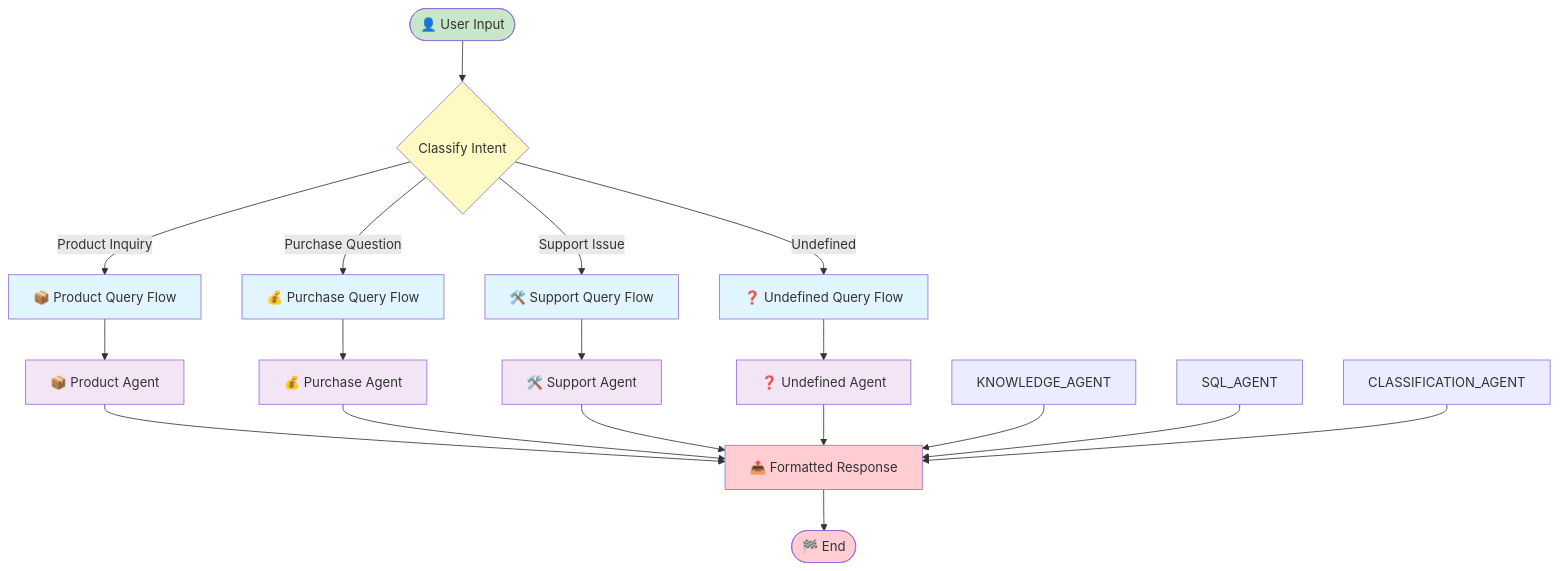
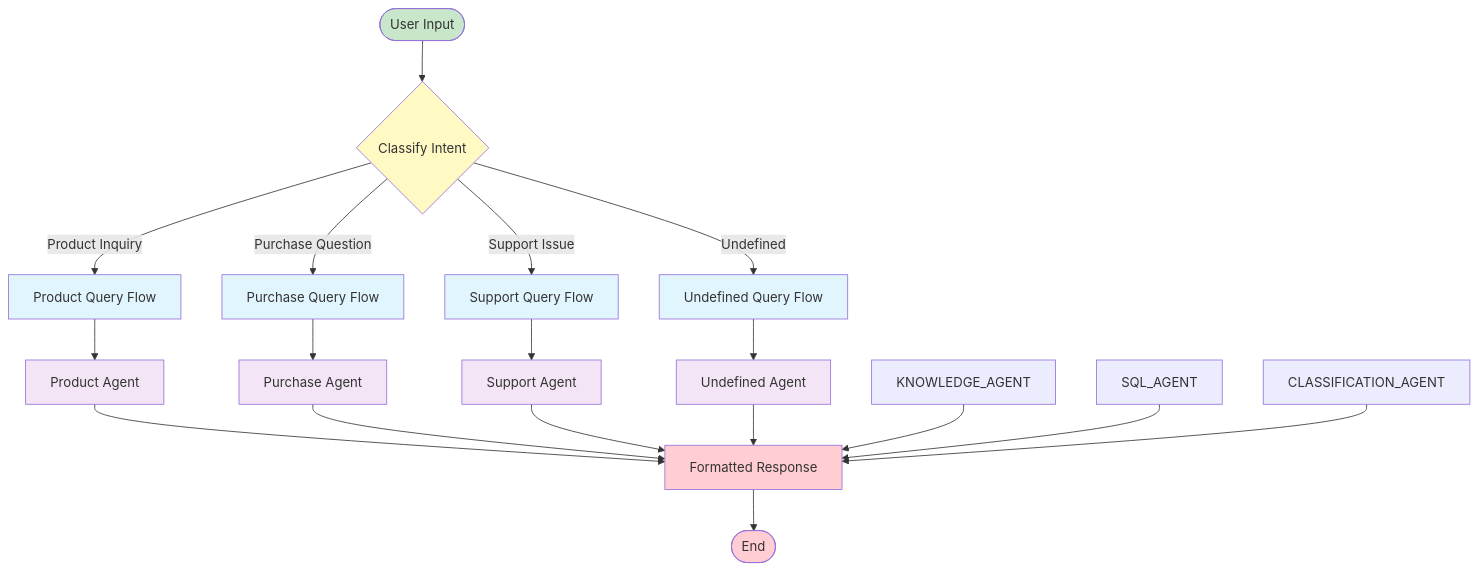
One commit to the-ingenious-dark-knight/Insight_Ingenious changed the third of 10 diagrams in docs/workflows/README.md. Above: the diagram before and after it, drawn with Mermaid. The commit also changed other lines of this file and 17 other files, not shown here.

````diff
--- a/docs/workflows/README.md
+++ b/docs/workflows/README.md
@@ -128,36 +128,36 @@
 ```mermaid
 flowchart TD
-    START([👤 User Input]) --> CLASSIFY{ Classify Intent}
+    START([User Input]) --> CLASSIFY{Classify Intent}
 
-    CLASSIFY -->|Product Inquiry| PRODUCT_FLOW[📦 Product Query Flow]
-    CLASSIFY -->|Purchase Question| PURCHASE_FLOW[💰 Purchase Query Flow]
-    CLASSIFY -->|Support Issue| SUPPORT_FLOW[🛠️ Support Query Flow]
-    CLASSIFY -->|Undefined| UNDEFINED_FLOW[❓ Undefined Query Flow]
+    CLASSIFY -->|Product Inquiry| PRODUCT_FLOW[Product Query Flow]
+    CLASSIFY -->|Purchase Question| PURCHASE_FLOW[Purchase Query Flow]
+    CLASSIFY -->|Support Issue| SUPPORT_FLOW[Support Query Flow]
+    CLASSIFY -->|Undefined| UNDEFINED_FLOW[Undefined Query Flow]
 
-    PRODUCT_FLOW --> PRODUCT_AGENT[📦 Product Agent]
-    PURCHASE_FLOW --> PURCHASE_AGENT[💰 Purchase Agent]
-    SUPPORT_FLOW --> SUPPORT_AGENT[🛠️ Support Agent]
-    UNDEFINED_FLOW --> UNDEFINED_AGENT[❓ Undefined Agent]
+    PRODUCT_FLOW --> PRODUCT_AGENT[Product Agent]
+    PURCHASE_FLOW --> PURCHASE_AGENT[Purchase Agent]
+    SUPPORT_FLOW --> SUPPORT_AGENT[Support Agent]
+    UNDEFINED_FLOW --> UNDEFINED_AGENT[Undefined Agent]
 
-    PRODUCT_AGENT --> RESPONSE[📤 Formatted Response]
+    PRODUCT_AGENT --> RESPONSE[Formatted Response]
     PURCHASE_AGENT --> RESPONSE
     SUPPORT_AGENT --> RESPONSE
     UNDEFINED_AGENT --> RESPONSE
     KNOWLEDGE_AGENT --> RESPONSE
     SQL_AGENT --> RESPONSE
     CLASSIFICATION_AGENT --> RESPONSE
 
-    RESPONSE --> FINISH([🏁 End])
+    RESPONSE --> FINISH([End])
 
     classDef start fill:#c8e6c9
     classDef decision fill:#fff9c4
     classDef workflow fill:#e1f5fe
     classDef agent fill:#f3e5f5
     classDef finish fill:#ffcdd2
 
     class START start
     class CLASSIFY decision
     class PRODUCT_FLOW,PURCHASE_FLOW,SUPPORT_FLOW,UNDEFINED_FLOW workflow
     class PRODUCT_AGENT,PURCHASE_AGENT,SUPPORT_AGENT,UNDEFINED_AGENT agent
     class RESPONSE,FINISH finish
 ```
````
